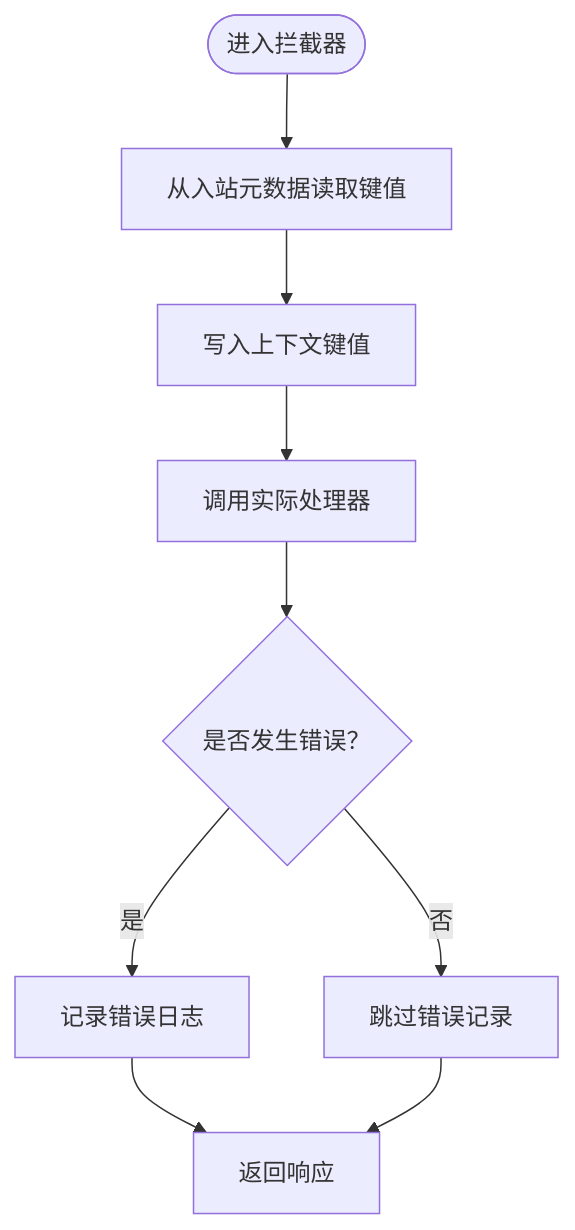
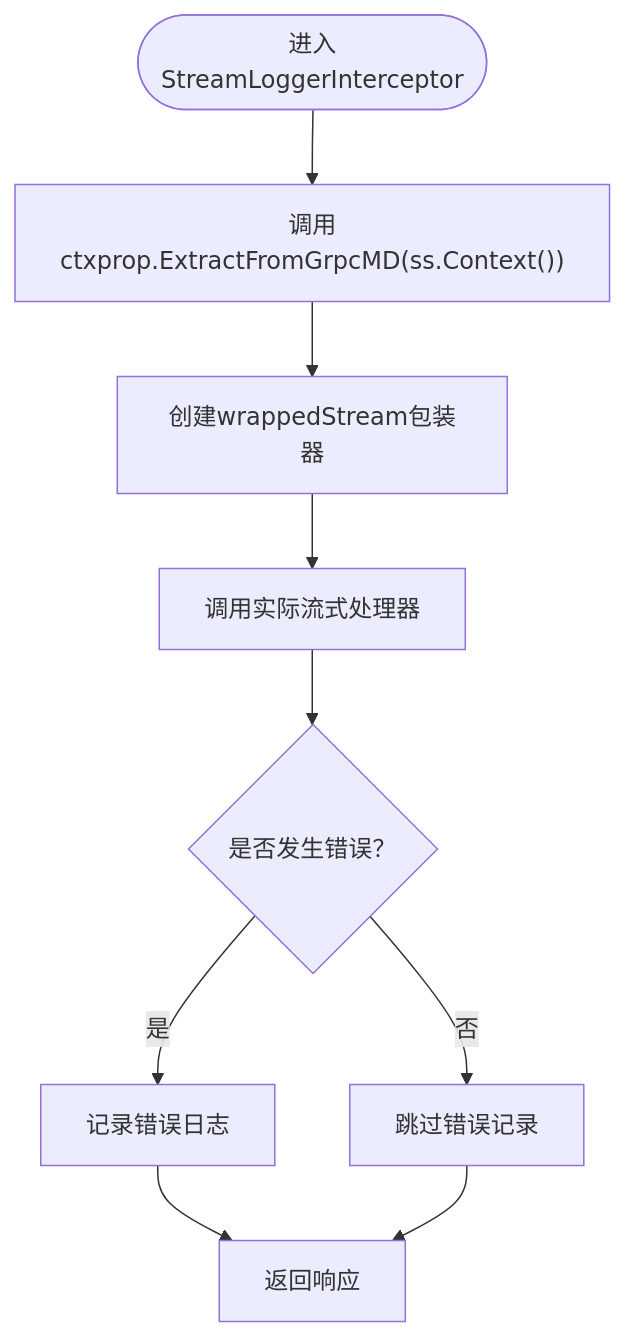
One commit to maomao94/zero-service changed the fourth of 6 diagrams in .qoder/repowiki/zh/content/系统架构设计/服务通信机制/gRPC高性能RPC通信/gRPC拦截器实现.md. Above: the diagram before and after it, drawn with Mermaid. The commit also changed other lines of this file and 19 other files, not shown here.

````diff
--- a/.qoder/repowiki/zh/content/系统架构设计/服务通信机制/gRPC高性能RPC通信/gRPC拦截器实现.md
+++ b/.qoder/repowiki/zh/content/系统架构设计/服务通信机制/gRPC高性能RPC通信/gRPC拦截器实现.md
@@ -169,11 +203,11 @@
 ```mermaid
 flowchart TD
-Enter(["进入拦截器"]) --> FromMD["从入站元数据读取键值"]
-FromMD --> ToCtx["写入上下文键值"]
-ToCtx --> Handler["调用实际处理器"]
+Enter(["进入StreamLoggerInterceptor"]) --> Extract["调用ctxprop.ExtractFromGrpcMD(ss.Context())"]
+Extract --> Wrap["创建wrappedStream包装器"]
+Wrap --> Handler["调用实际流式处理器"]
 Handler --> HasErr{"是否发生错误？"}
 HasErr --> |是| LogErr["记录错误日志"]
 HasErr --> |否| Skip["跳过错误记录"]
 LogErr --> Return["返回响应"]
 Skip --> Return
 ```
````
